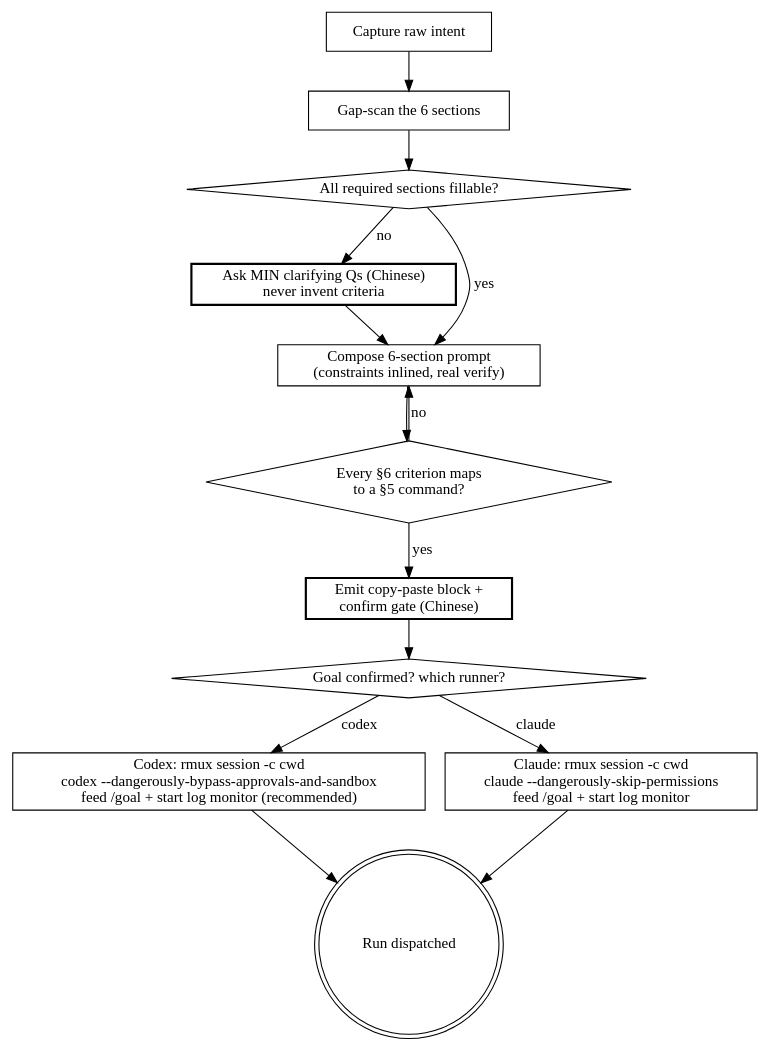
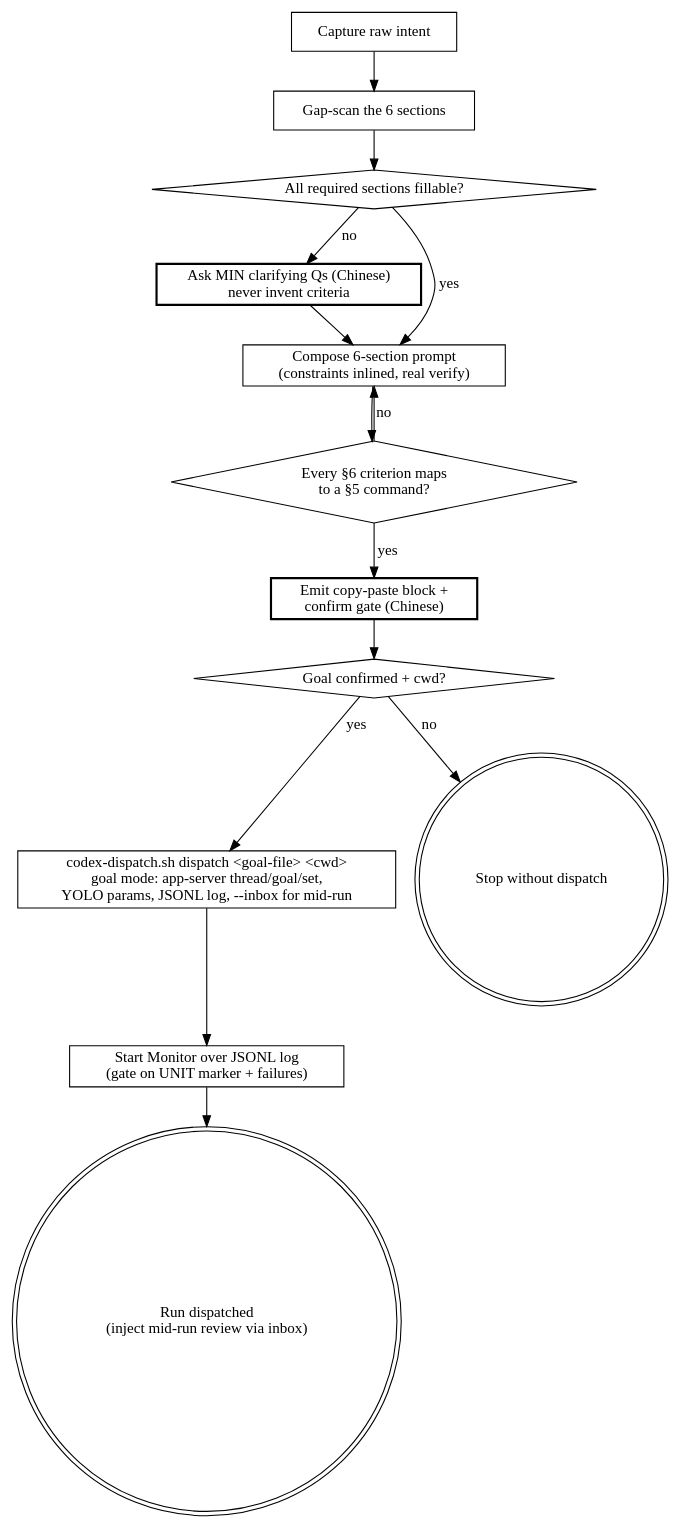
Before and after one commit to waynejing995/wayne-taste: the diagram in wayne-goal-prompt/SKILL.md, drawn with Graphviz. The commit also changed other lines of this file and 19 other files, not shown here.

````diff
--- a/wayne-goal-prompt/SKILL.md
+++ b/wayne-goal-prompt/SKILL.md
@@ -89,31 +99,32 @@
 ```dot
 digraph goalprompt {
     rankdir=TB;
 
     "Capture raw intent" [shape=box];
     "Gap-scan the 6 sections" [shape=box];
     "All required sections fillable?" [shape=diamond];
     "Ask MIN clarifying Qs (Chinese)\nnever invent criteria" [shape=box, style=bold];
     "Compose 6-section prompt\n(constraints inlined, real verify)" [shape=box];
     "Every §6 criterion maps\nto a §5 command?" [shape=diamond];
     "Emit copy-paste block +\nconfirm gate (Chinese)" [shape=box, style=bold];
-    "Goal confirmed? which runner?" [shape=diamond];
-    "Codex: rmux session -c cwd\ncodex --dangerously-bypass-approvals-and-sandbox\nfeed /goal + start log monitor (recommended)" [shape=box];
-    "Claude: rmux session -c cwd\nclaude --dangerously-skip-permissions\nfeed /goal + start log monitor" [shape=box];
-    "Run dispatched" [shape=doublecircle];
+    "Goal confirmed + cwd?" [shape=diamond];
+    "codex-dispatch.sh dispatch <goal-file> <cwd>\ngoal mode: app-server thread/goal/set,\nYOLO params, JSONL log, --inbox for mid-run" [shape=box];
+    "Start Monitor over JSONL log\n(gate on UNIT marker + failures)" [shape=box];
+    "Run dispatched\n(inject mid-run review via inbox)" [shape=doublecircle];
+    "Stop without dispatch" [shape=doublecircle];
 
     "Capture raw intent" -> "Gap-scan the 6 sections";
     "Gap-scan the 6 sections" -> "All required sections fillable?";
     "All required sections fillable?" -> "Ask MIN clarifying Qs (Chinese)\nnever invent criteria" [label="no"];
     "All required sections fillable?" -> "Compose 6-section prompt\n(constraints inlined, real verify)" [label="yes"];
     "Ask MIN clarifying Qs (Chinese)\nnever invent criteria" -> "Compose 6-section prompt\n(constraints inlined, real verify)";
     "Compose 6-section prompt\n(constraints inlined, real verify)" -> "Every §6 criterion maps\nto a §5 command?";
     "Every §6 criterion maps\nto a §5 command?" -> "Compose 6-section prompt\n(constraints inlined, real verify)" [label="no"];
     "Every §6 criterion maps\nto a §5 command?" -> "Emit copy-paste block +\nconfirm gate (Chinese)" [label="yes"];
-    "Emit copy-paste block +\nconfirm gate (Chinese)" -> "Goal confirmed? which runner?";
-    "Goal confirmed? which runner?" -> "Codex: rmux session -c cwd\ncodex --dangerously-bypass-approvals-and-sandbox\nfeed /goal + start log monitor (recommended)" [label="codex"];
-    "Goal confirmed? which runner?" -> "Claude: rmux session -c cwd\nclaude --dangerously-skip-permissions\nfeed /goal + start log monitor" [label="claude"];
-    "Codex: rmux session -c cwd\ncodex --dangerously-bypass-approvals-and-sandbox\nfeed /goal + start log monitor (recommended)" -> "Run dispatched";
-    "Claude: rmux session -c cwd\nclaude --dangerously-skip-permissions\nfeed /goal + start log monitor" -> "Run dispatched";
+    "Emit copy-paste block +\nconfirm gate (Chinese)" -> "Goal confirmed + cwd?";
+    "Goal confirmed + cwd?" -> "codex-dispatch.sh dispatch <goal-file> <cwd>\ngoal mode: app-server thread/goal/set,\nYOLO params, JSONL log, --inbox for mid-run" [label="yes"];
+    "Goal confirmed + cwd?" -> "Stop without dispatch" [label="no"];
+    "codex-dispatch.sh dispatch <goal-file> <cwd>\ngoal mode: app-server thread/goal/set,\nYOLO params, JSONL log, --inbox for mid-run" -> "Start Monitor over JSONL log\n(gate on UNIT marker + failures)";
+    "Start Monitor over JSONL log\n(gate on UNIT marker + failures)" -> "Run dispatched\n(inject mid-run review via inbox)";
 }
 ```
````
